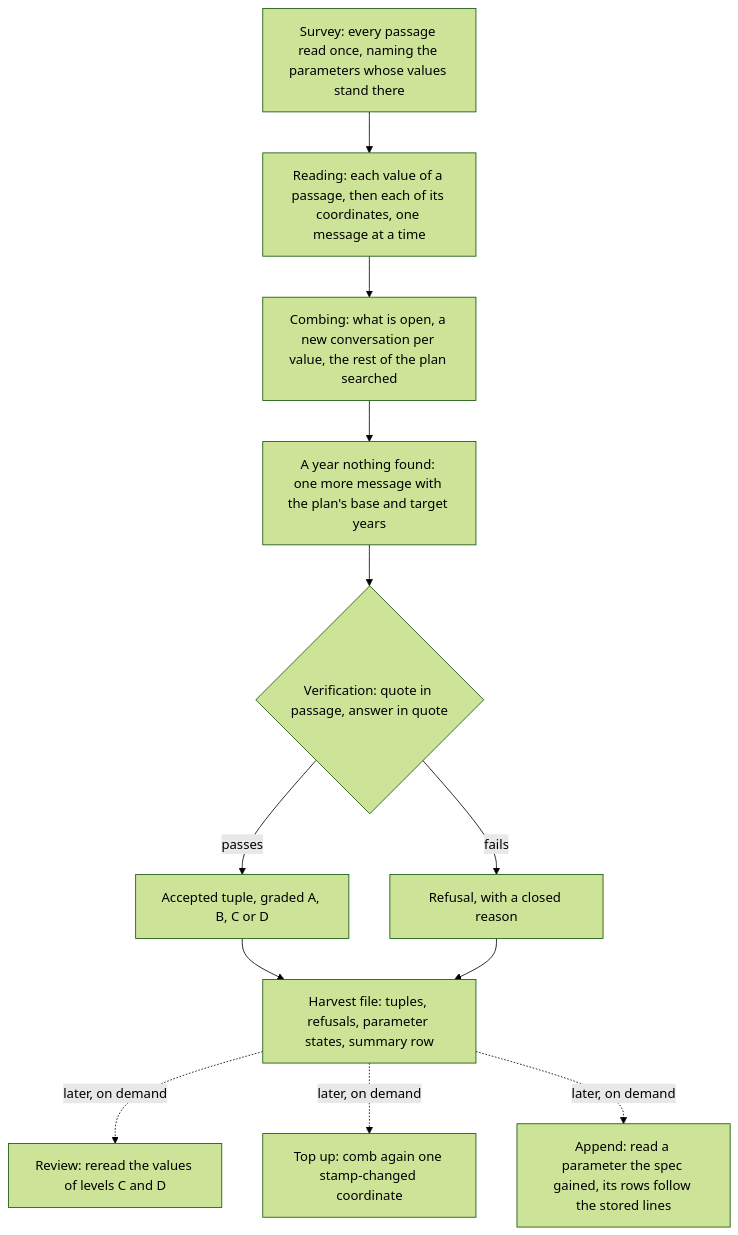
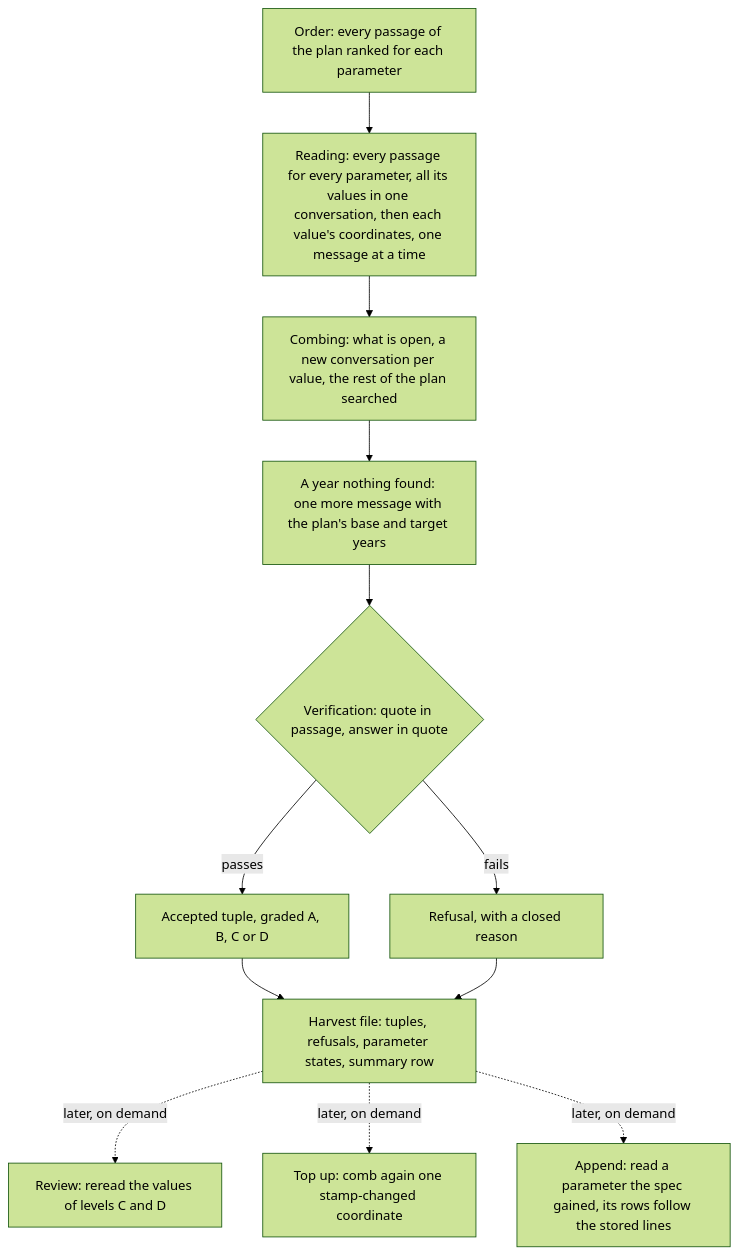
Before and after one commit to OpenEnergyPlatform/municipal-heat-planning-pdf-processing: the first of 2 diagrams in docs/_intros/stages/extraction.md, drawn with Mermaid (forest theme). The commit also changed other lines of this file and 65 other files, not shown here.

````diff
--- a/docs/_intros/stages/extraction.md
+++ b/docs/_intros/stages/extraction.md
@@ -43,14 +43,14 @@
 ```mermaid
 flowchart TD
-    survey[Survey: every passage read once, naming the parameters whose values stand there] --> reading[Reading: each value of a passage, then each of its coordinates, one message at a time]
+    order[Order: every passage of the plan ranked for each parameter] --> reading[Reading: every passage for every parameter, all its values in one conversation, then each value's coordinates, one message at a time]
     reading --> comb[Combing: what is open, a new conversation per value, the rest of the plan searched]
     comb --> years[A year nothing found: one more message with the plan's base and target years]
     years --> verify{Verification: quote in passage, answer in quote}
     verify -->|passes| tuple[Accepted tuple, graded A, B, C or D]
     verify -->|fails| refusal[Refusal, with a closed reason]
     tuple --> harvest[Harvest file: tuples, refusals, parameter states, summary row]
     refusal --> harvest
     harvest -. later, on demand .-> review[Review: reread the values of levels C and D]
     harvest -. later, on demand .-> topup[Top up: comb again one stamp-changed coordinate]
     harvest -. later, on demand .-> append[Append: read a parameter the spec gained, its rows follow the stored lines]
 ```
````
